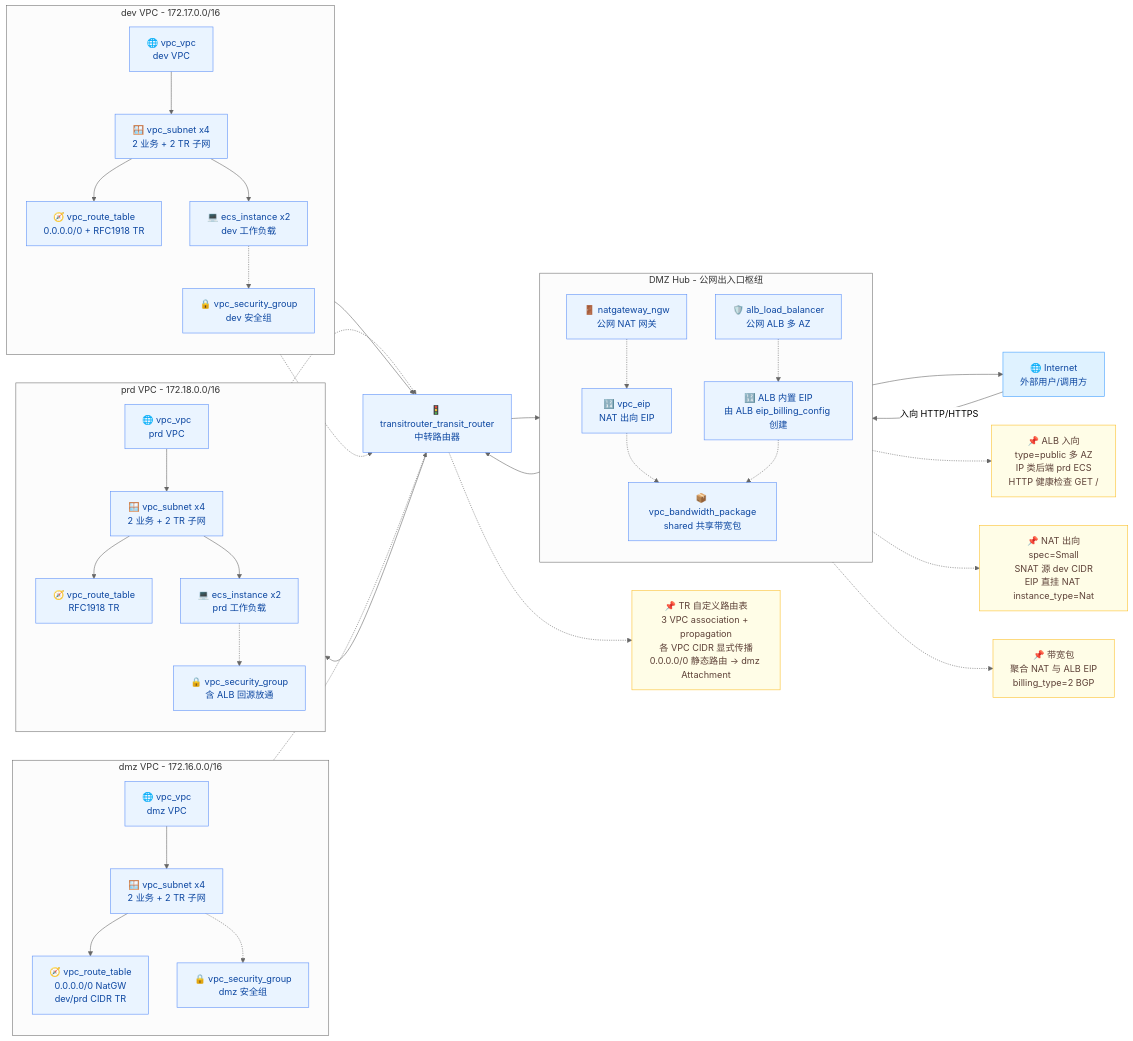
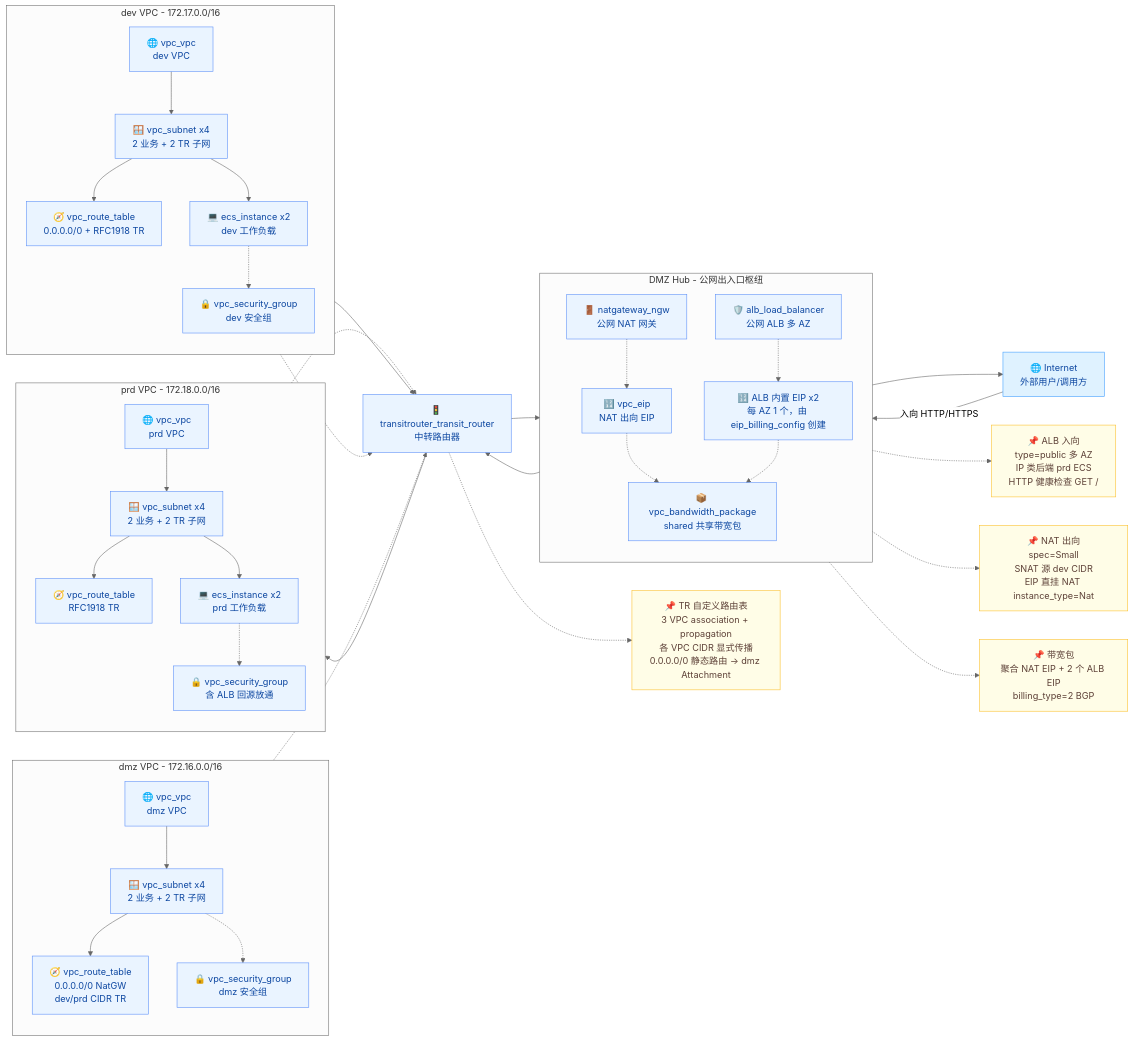
The diagram in README.md (terraform-volcenginecc-modules/terraform-volcenginecc-dmz-vpc), drawn with Mermaid (neutral theme) before and after one commit. The commit also changed other lines of this file and 2 other files, not shown here.

````diff
--- a/README.md
+++ b/README.md
@@ -38,7 +38,7 @@
         direction TB
         bp["📦 vpc_bandwidth_package<br/>shared 共享带宽包"]:::main
         nat_eip["🔢 vpc_eip<br/>NAT 出向 EIP"]:::main
-        alb_eip["🔢 ALB 内置 EIP<br/>由 ALB eip_billing_config 创建"]:::main
+        alb_eip["🔢 ALB 内置 EIP x2<br/>每 AZ 1 个，由 eip_billing_config 创建"]:::main
         nat["🚪 natgateway_ngw<br/>公网 NAT 网关"]:::main
         alb["🛡️ alb_load_balancer<br/>公网 ALB 多 AZ"]:::main
 
@@ -108,6 +108,6 @@
     note_nat["📌 NAT 出向<br/>spec=Small<br/>SNAT 源 dev CIDR<br/>EIP 直挂 NAT instance_type=Nat"]:::note
     nat -.-> note_nat
 
-    note_bp["📌 带宽包<br/>聚合 NAT 与 ALB EIP<br/>billing_type=2 BGP"]:::note
+    note_bp["📌 带宽包<br/>聚合 NAT EIP + 2 个 ALB EIP<br/>billing_type=2 BGP"]:::note
     bp -.-> note_bp
 ```
````
